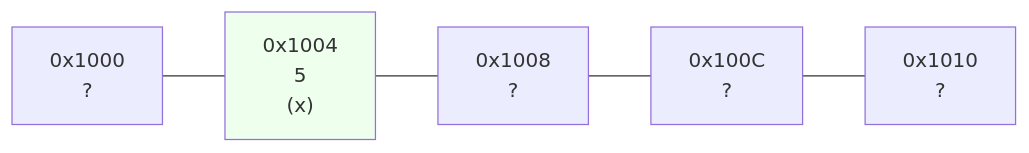
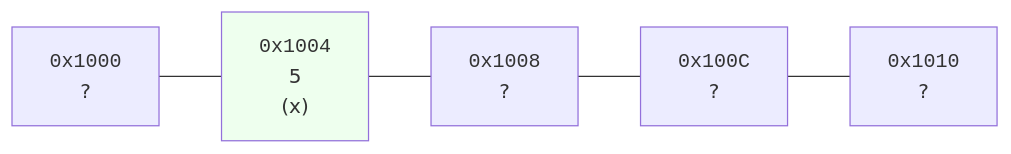
The second of 3 diagrams in content/learn/java-programming-for-beginners/variables-and-memory.mdx (dataslope/dataslope), drawn with Mermaid before and after one commit. The commit also changed other lines of this file and 100 other files, not shown here.

First line of the commit message:
Wrap more code in diagram labels: filenames, hex, assignments, subgraph titles

````diff
--- a/content/learn/java-programming-for-beginners/variables-and-memory.mdx
+++ b/content/learn/java-programming-for-beginners/variables-and-memory.mdx
@@ -27,5 +27,5 @@
 ```mermaid
 flowchart LR
-    M0[0x1000<br/>?] --- M1["0x1004<br/>5<br/>(x)"] --- M2[0x1008<br/>?] --- M3[0x100C<br/>?] --- M4[0x1010<br/>?]
+    M0["<code>0x1000</code><br/>?"] --- M1["<code>0x1004</code><br/>5<br/>(x)"] --- M2["<code>0x1008</code><br/>?"] --- M3["<code>0x100C</code><br/>?"] --- M4["<code>0x1010</code><br/>?"]
     style M1 fill:#efe
 ```
````
